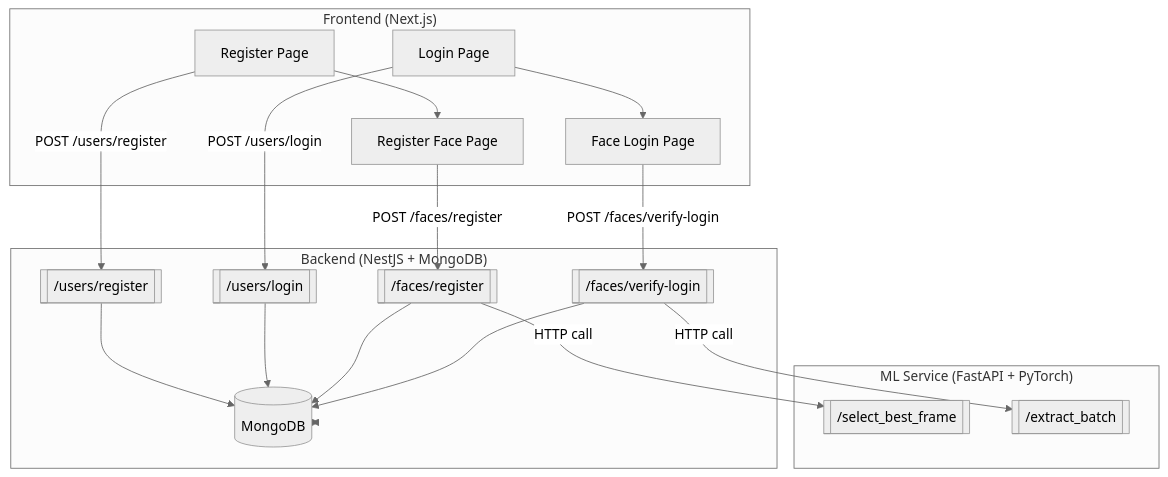
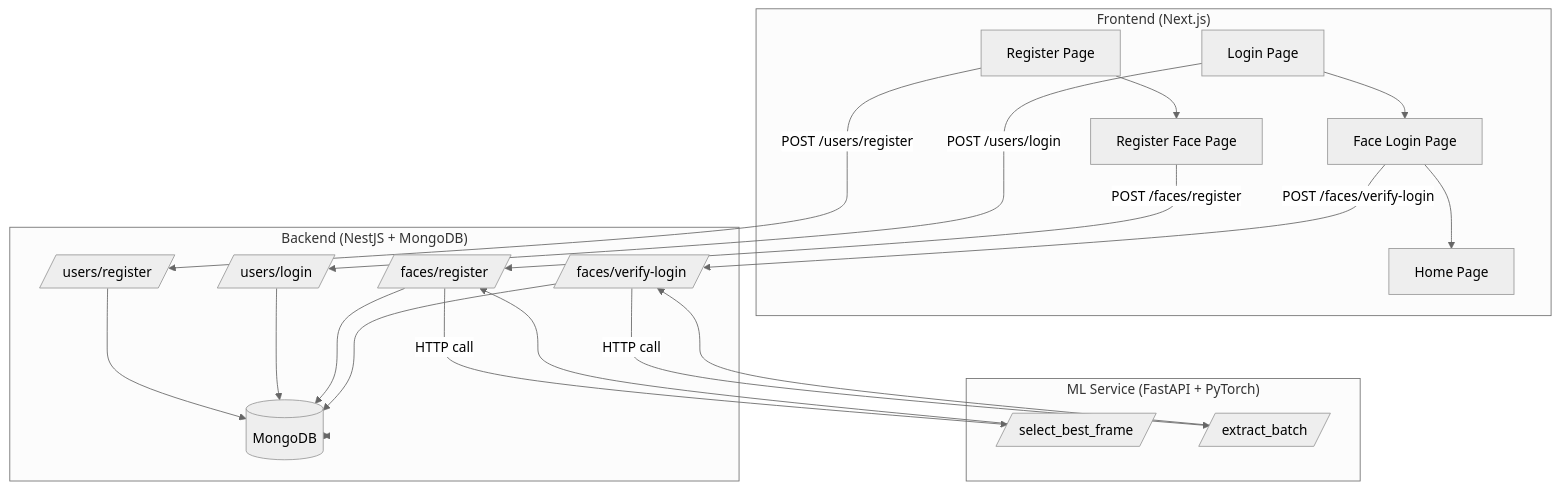
One commit to QuangManhAI/reg_face changed the diagram in README.md. Above: the diagram before and after it, drawn with Mermaid (neutral theme).

Commit message:
chart in README.md

````diff
--- a/README.md
+++ b/README.md
@@ -50,26 +50,38 @@
 ```mermaid
 flowchart TD
     subgraph FE["Frontend (Next.js)"]
-        A1[Register Page] --> A2[Register Face Page]
-        A3[Login Page] --> A4[Face Login Page]
+        FE1[Register Page] --> FE2[Register Face Page]
+        FE3[Login Page] --> FE4[Face Login Page]
+        FE4 --> FE5[Home Page]
     end
 
     subgraph BE["Backend (NestJS + MongoDB)"]
-        B1[[/users/register]] --> DB[(MongoDB)]
-        B2[[/users/login]] --> DB
-        B3[[/faces/register]] --> DB
-        B4[[/faces/verify-login]] --> DB
+        BE1[/users/register/] --> DB[(MongoDB)]
+        BE2[/users/login/] --> DB
+        BE3[/faces/register/] --> DB
+        BE4[/faces/verify-login/] --> DB
     end
 
     subgraph ML["ML Service (FastAPI + PyTorch)"]
-        C1[[/select_best_frame]]
-        C2[[/extract_batch]]
+        ML1[/select_best_frame/]
+        ML2[/extract_batch/]
     end
 
-    A1 -->|POST /users/register| B1
-    A2 -->|POST /faces/register| B3 -->|HTTP call| C1
-    A3 -->|POST /users/login| B2
-    A4 -->|POST /faces/verify-login| B4 -->|HTTP call| C2
+    %% Register account
+    FE1 -->|POST /users/register| BE1
+
+    %% Register face
+    FE2 -->|POST /faces/register| BE3
+    BE3 -->|HTTP call| ML1
+    ML1 --> BE3
+
+    %% Login
+    FE3 -->|POST /users/login| BE2
+
+    %% Verify face
+    FE4 -->|POST /faces/verify-login| BE4
+    BE4 -->|HTTP call| ML2
+    ML2 --> BE4
 
     BE <--> DB
 ```
````
